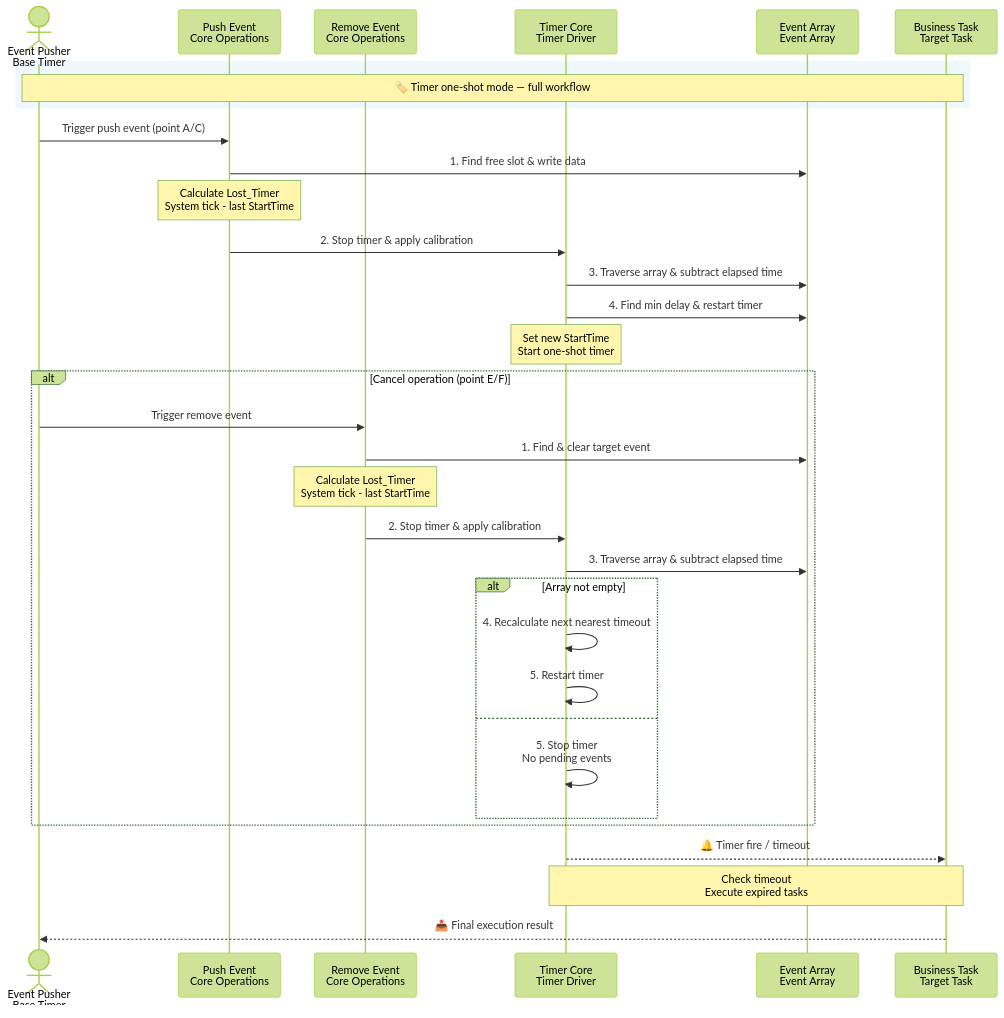
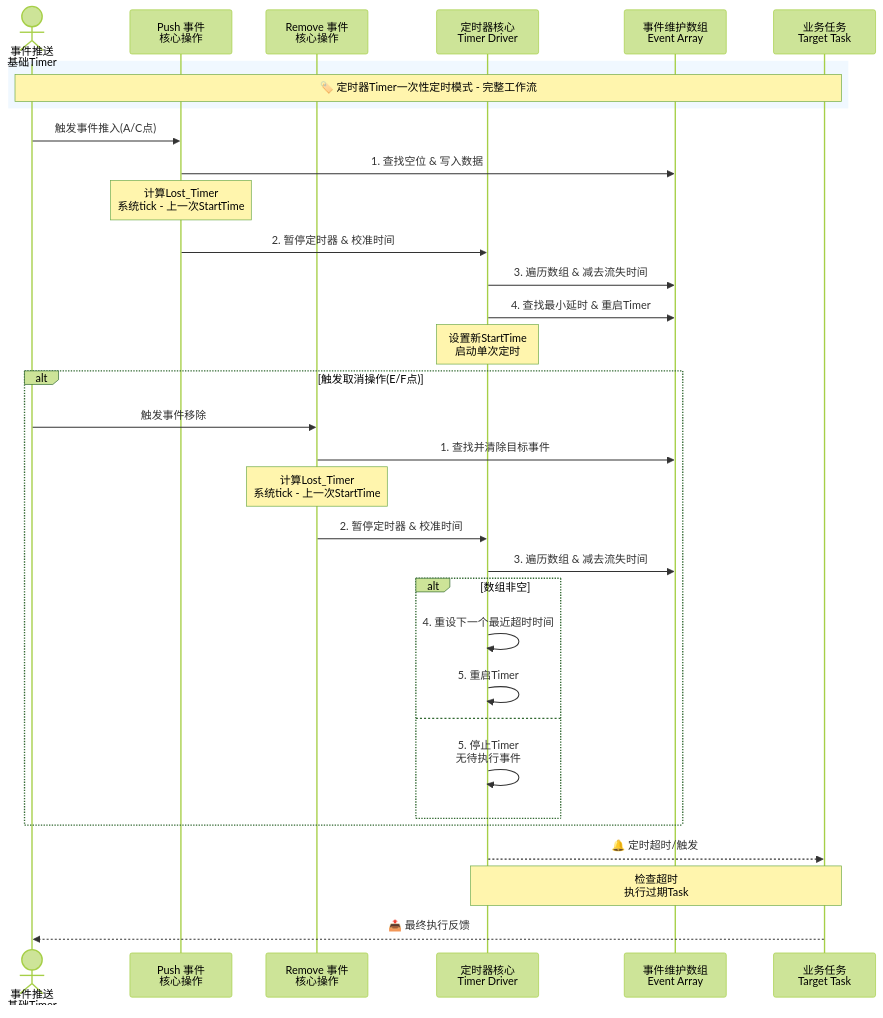
Before and after one commit to Bluetooth-BLE/event_loop: the diagram in README.md, drawn with Mermaid (forest theme). The commit also changed other lines of this file and 2 other files, not shown here.

````diff
--- a/README.md
+++ b/README.md
@@ -34,42 +56,42 @@
 ```mermaid
 sequenceDiagram
-    actor User as Event Pusher<br/>Base Timer
-    participant Push as Push Event<br/>Core Operations
-    participant Remove as Remove Event<br/>Core Operations
-    participant TimerCore as Timer Core<br/>Timer Driver
-    participant EventArray as Event Array<br/>Event Array
-    participant Task as Business Task<br/>Target Task
+    actor User as 事件推送<br/>基础Timer
+    participant Push as Push 事件<br/>核心操作
+    participant Remove as Remove 事件<br/>核心操作
+    participant TimerCore as 定时器核心<br/>Timer Driver
+    participant EventArray as 事件维护数组<br/>Event Array
+    participant Task as 业务任务<br/>Target Task
 
     rect rgb(240,248,255)
-    Note over User,Task: 🏷️ Timer one-shot mode — full workflow
+    Note over User,Task: 🏷️ 定时器Timer一次性定时模式 - 完整工作流
     end
 
-    %% --- Path 1: Push event flow ---
-    User->>Push: Trigger push event (point A/C)
-    Push->>EventArray: 1. Find free slot & write data
-    Note over Push: Calculate Lost_Timer<br/>System tick - last StartTime
-    Push->>TimerCore: 2. Stop timer & apply calibration
-    TimerCore->>EventArray: 3. Traverse array & subtract elapsed time
-    TimerCore->>EventArray: 4. Find min delay & restart timer
-    Note over TimerCore: Set new StartTime<br/>Start one-shot timer
+    %% --- 路径1：Push 事件流程 ---
+    User->>Push: 触发事件推入(A/C点)
+    Push->>EventArray: 1. 查找空位 & 写入数据
+    Note over Push: 计算Lost_Timer<br/>系统tick - 上一次StartTime
+    Push->>TimerCore: 2. 暂停定时器 & 校准时间
+    TimerCore->>EventArray: 3. 遍历数组 & 减去流失时间
+    TimerCore->>EventArray: 4. 查找最小延时 & 重启Timer
+    Note over TimerCore: 设置新StartTime<br/>启动单次定时
 
-    %% --- Path 2: Remove event flow ---
-    alt Cancel operation (point E/F)
-        User->>Remove: Trigger remove event
-        Remove->>EventArray: 1. Find & clear target event
-        Note over Remove: Calculate Lost_Timer<br/>System tick - last StartTime
-        Remove->>TimerCore: 2. Stop timer & apply calibration
-        TimerCore->>EventArray: 3. Traverse array & subtract elapsed time
-        alt Array not empty
-            TimerCore->>TimerCore: 4. Recalculate next nearest timeout
-            TimerCore->>TimerCore: 5. Restart timer
+    %% --- 路径2：Remove 事件流程 ---
+    alt 触发取消操作(E/F点)
+        User->>Remove: 触发事件移除
+        Remove->>EventArray: 1. 查找并清除目标事件
+        Note over Remove: 计算Lost_Timer<br/>系统tick - 上一次StartTime
+        Remove->>TimerCore: 2. 暂停定时器 & 校准时间
+        TimerCore->>EventArray: 3. 遍历数组 & 减去流失时间
+        alt 数组非空
+            TimerCore->>TimerCore: 4. 重设下一个最近超时时间
+            TimerCore->>TimerCore: 5. 重启Timer
         else
-            TimerCore->>TimerCore: 5. Stop timer<br/>No pending events
+            TimerCore->>TimerCore: 5. 停止Timer<br/>无待执行事件
         end
     end
 
-    %% --- Timer fire and task execution ---
-    TimerCore-->>Task: 🔔 Timer fire / timeout
-    Note over TimerCore,Task: Check timeout<br/>Execute expired tasks
-    Task-->>User: 📤 Final execution result
+    %% --- 定时器触发与任务执行 ---
+    TimerCore-->>Task: 🔔 定时超时/触发
+    Note over TimerCore,Task: 检查超时<br/>执行过期Task
+    Task-->>User: 📤 最终执行反馈
 ```
````
